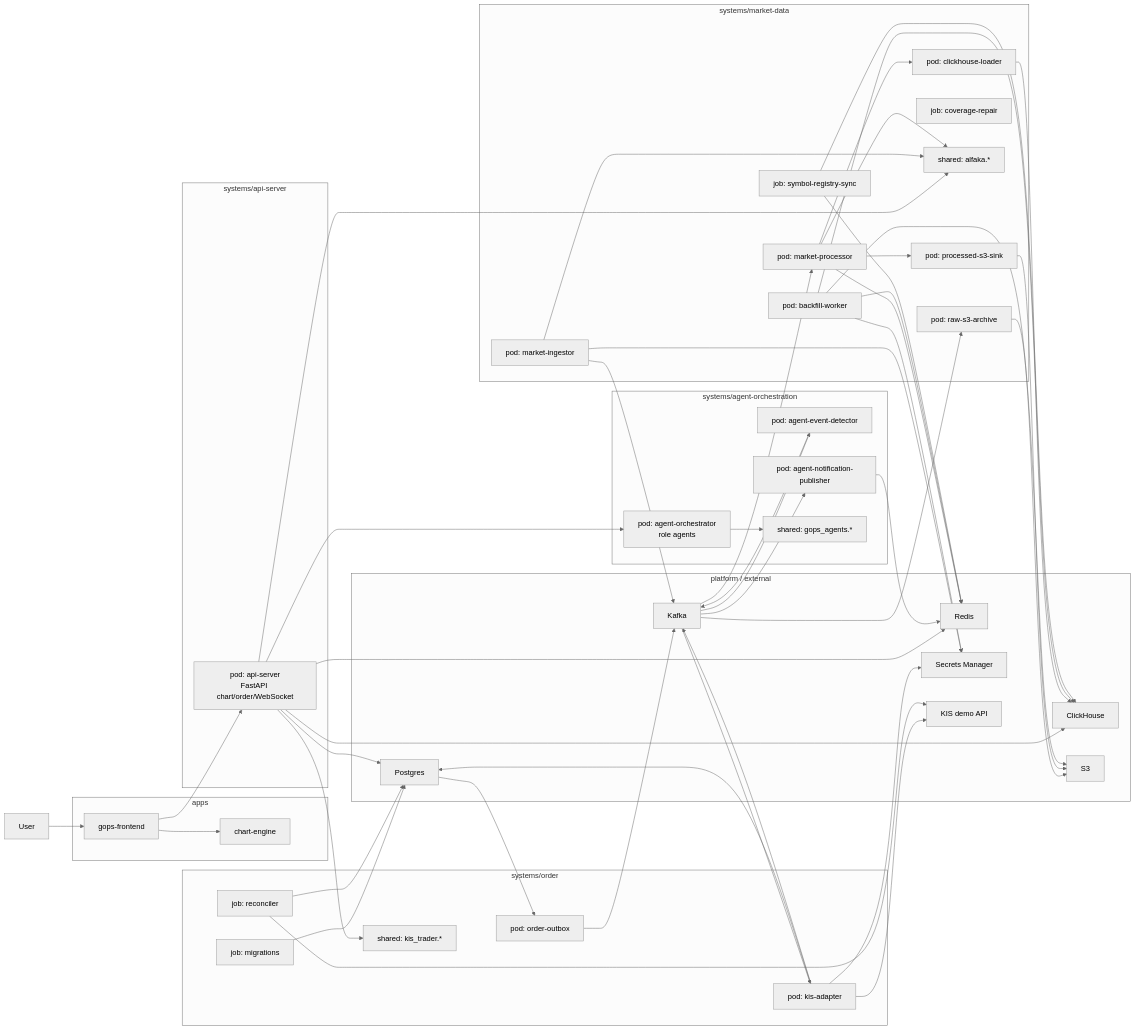
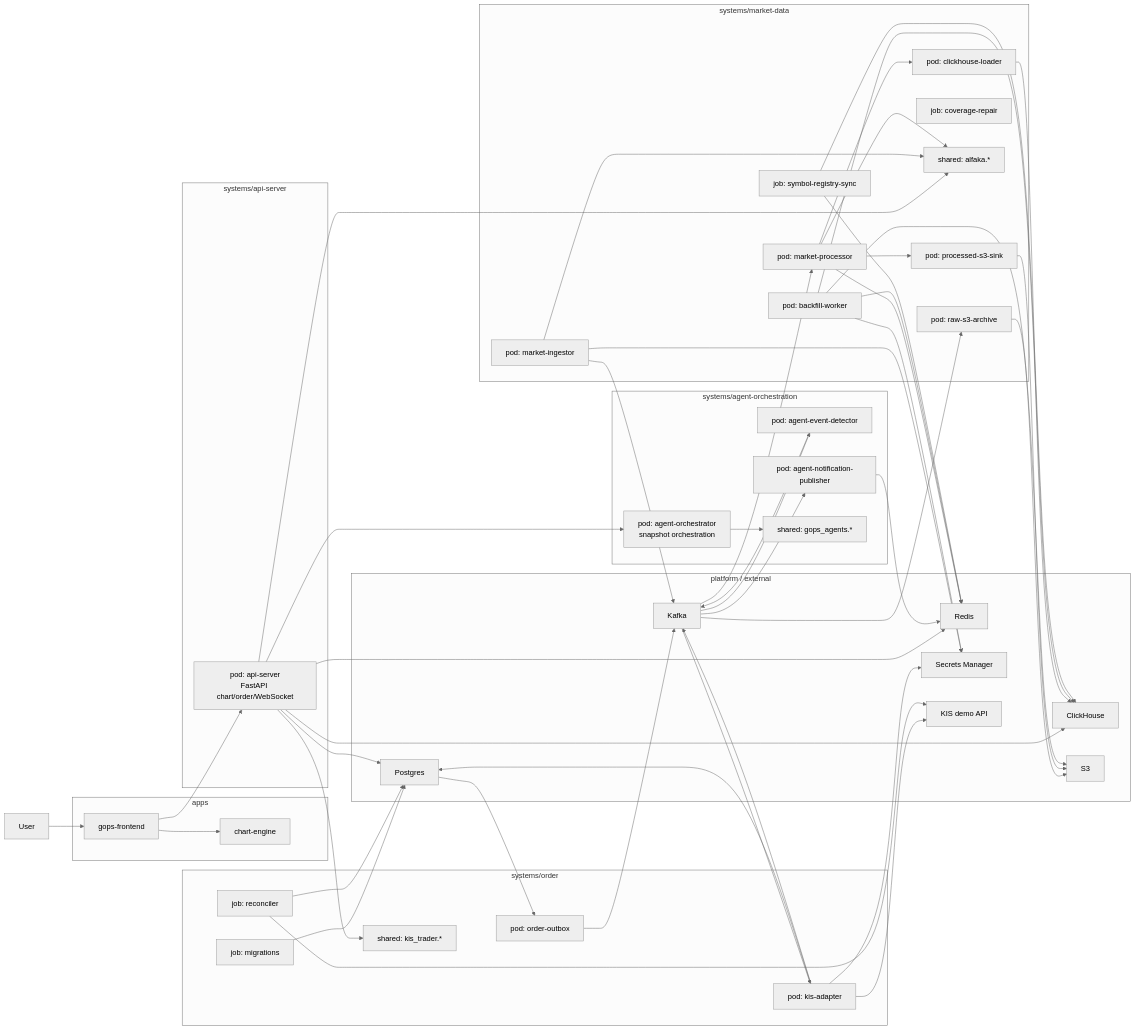
One commit to seunglee10/GOPS-BE changed the diagram in docs/ARCHITECTURE.md. Above: the diagram before and after it, drawn with Mermaid (neutral theme). The commit also changed 10 other files, not shown here.

```diff
--- a/docs/ARCHITECTURE.md
+++ b/docs/ARCHITECTURE.md
@@ -53,7 +53,7 @@
   end
 
   subgraph Agents["systems/agent-orchestration"]
-    AgentOrch["pod: agent-orchestrator<br/>role agents"]
+    AgentOrch["pod: agent-orchestrator<br/>snapshot orchestration"]
     EventDetector["pod: agent-event-detector"]
     AlertPublisher["pod: agent-notification-publisher"]
     AgentShared["shared: gops_agents.*"]
```
